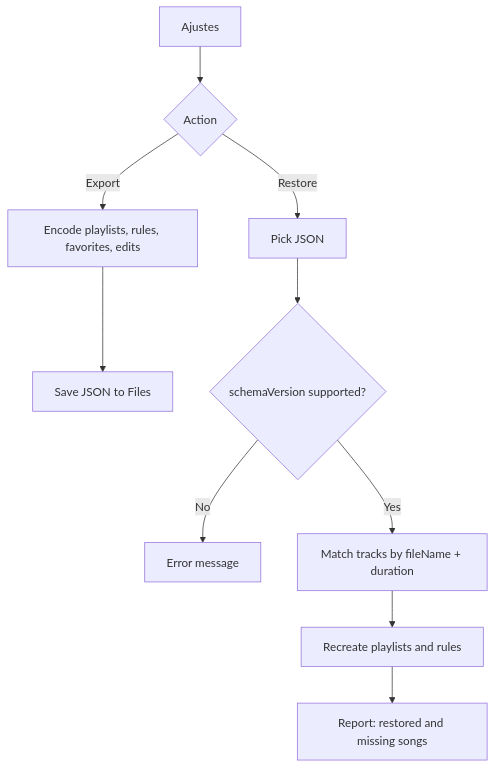
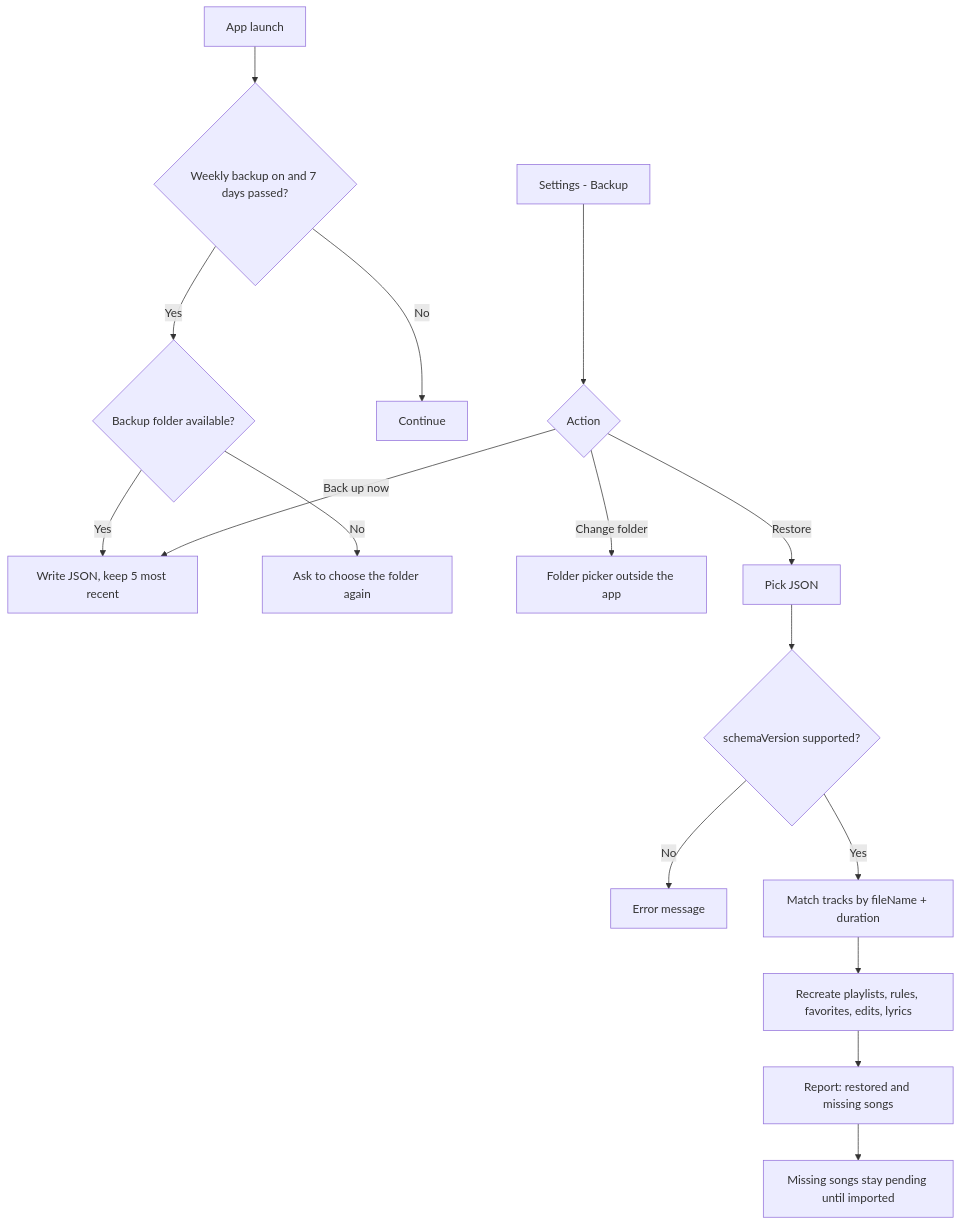
One commit to sabrinasalomon/CoryMusic changed the eighth of 8 diagrams in docs/USER_FLOWS.md. Above: the diagram before and after it, drawn with Mermaid. The commit also changed other lines of this file and 20 other files, not shown here.

````diff
--- a/docs/USER_FLOWS.md
+++ b/docs/USER_FLOWS.md
@@ -125,12 +155,19 @@
 ```mermaid
 flowchart TD
-    A[Ajustes] --> B{Action}
-    B -- Export --> C[Encode playlists, rules, favorites, edits]
-    C --> D[Save JSON to Files]
-    B -- Restore --> E[Pick JSON]
-    E --> F{schemaVersion supported?}
-    F -- No --> G[Error message]
-    F -- Yes --> H[Match tracks by fileName + duration]
-    H --> I[Recreate playlists and rules]
-    I --> J[Report: restored and missing songs]
+    A[App launch] --> B{Weekly backup on and 7 days passed?}
+    B -- Yes --> C{Backup folder available?}
+    C -- Yes --> D[Write JSON, keep 5 most recent]
+    C -- No --> E[Ask to choose the folder again]
+    B -- No --> F[Continue]
+
+    G[Settings - Backup] --> H{Action}
+    H -- Back up now --> D
+    H -- Change folder --> I[Folder picker outside the app]
+    H -- Restore --> J[Pick JSON]
+    J --> K{schemaVersion supported?}
+    K -- No --> L[Error message]
+    K -- Yes --> M[Match tracks by fileName + duration]
+    M --> N[Recreate playlists, rules, favorites, edits, lyrics]
+    N --> O[Report: restored and missing songs]
+    O --> P[Missing songs stay pending until imported]
 ```
````
